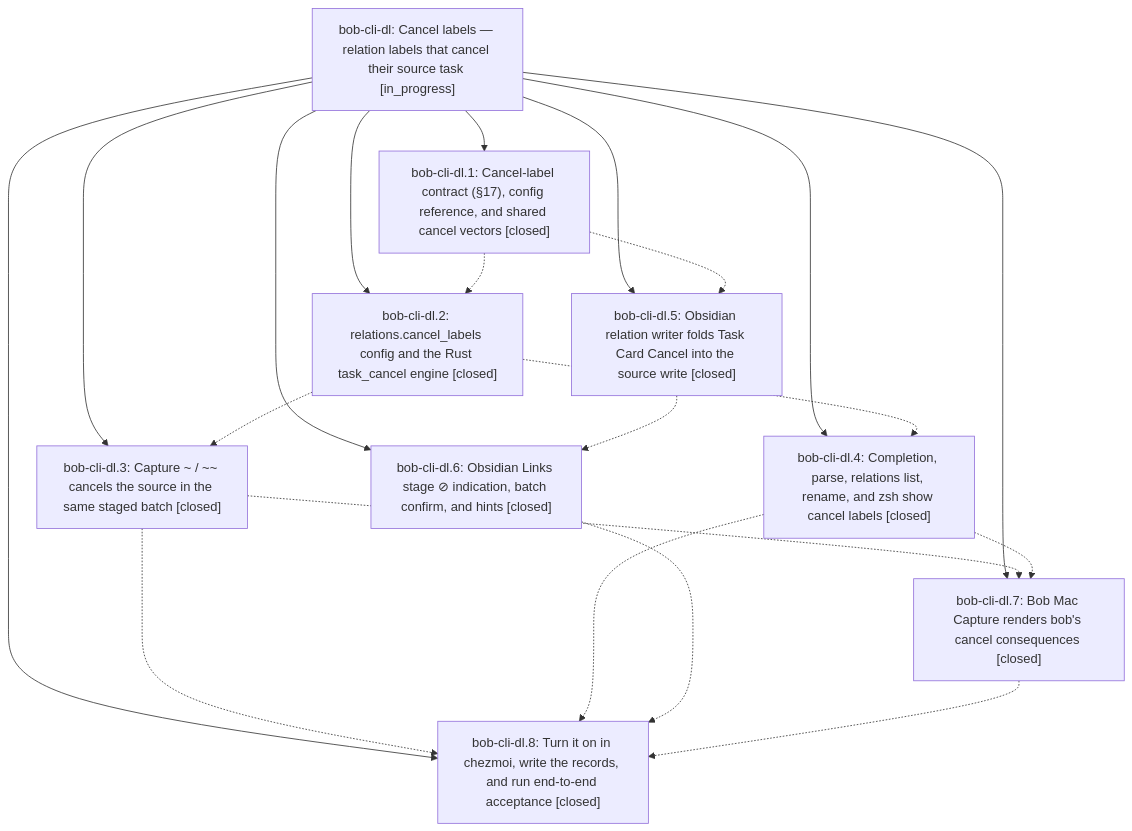
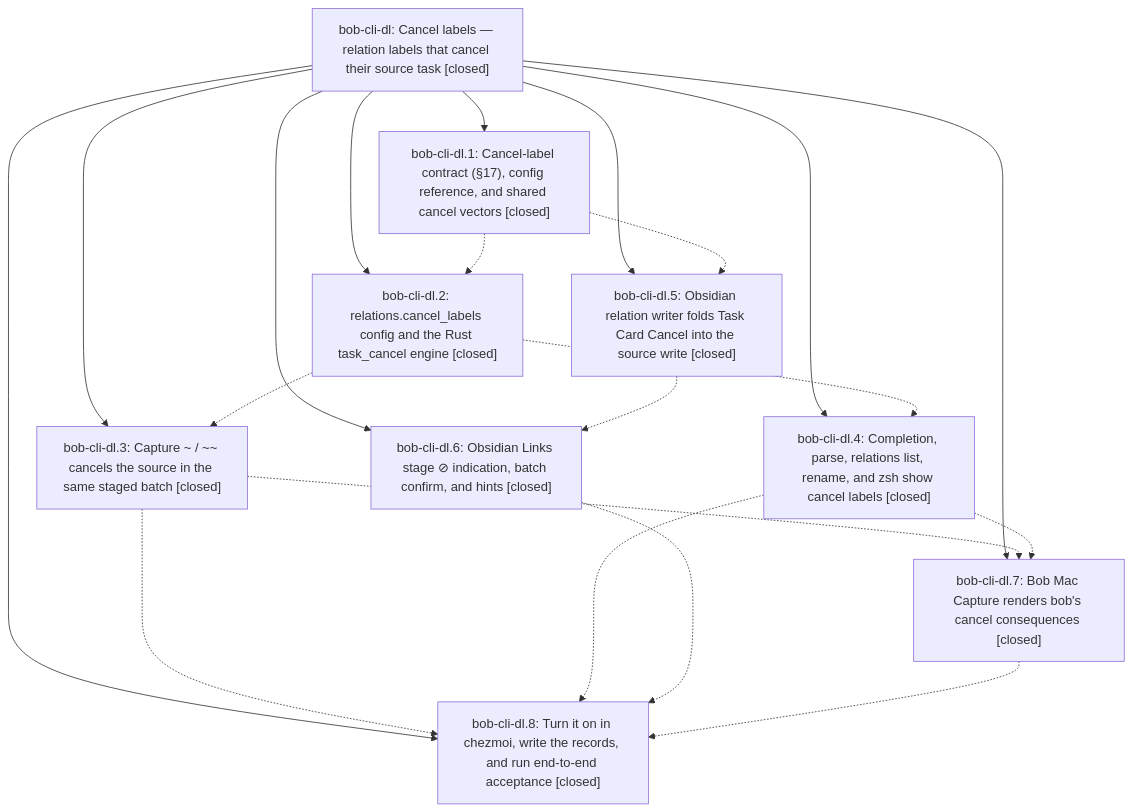
Before and after one commit to bobs-org/bob-cli--beads: the diagram in pages/bob-cli-dl/README.md, drawn with Mermaid. The commit also changed other lines of this file, not shown here.

First line of the commit message:
chore(beads): sync bead state and pages for bob-cli-dl

````diff
--- a/pages/bob-cli-dl/README.md
+++ b/pages/bob-cli-dl/README.md
@@ -49,31 +51,31 @@
 ```mermaid
 flowchart TD
-    n0["bob-cli-dl: Cancel labels — relation labels that cancel their source task [in_progress]"]
+    n0["bob-cli-dl: Cancel labels — relation labels that cancel their source task [closed]"]
     n1["bob-cli-dl.1: Cancel-label contract (§17), config reference, and shared cancel vectors [closed]"]
     n2["bob-cli-dl.2: relations.cancel_labels config and the Rust task_cancel engine [closed]"]
     n3["bob-cli-dl.3: Capture ~ / ~~ cancels the source in the same staged batch [closed]"]
     n4["bob-cli-dl.4: Completion, parse, relations list, rename, and zsh show cancel labels [closed]"]
     n5["bob-cli-dl.5: Obsidian relation writer folds Task Card Cancel into the source write [closed]"]
     n6["bob-cli-dl.6: Obsidian Links stage ⊘ indication, batch confirm, and hints [closed]"]
     n7["bob-cli-dl.7: Bob Mac Capture renders bob's cancel consequences [closed]"]
     n8["bob-cli-dl.8: Turn it on in chezmoi, write the records, and run end-to-end acceptance [closed]"]
     n0 --> n1
     n0 --> n2
     n0 --> n3
     n0 --> n4
     n0 --> n5
     n0 --> n6
     n0 --> n7
     n0 --> n8
     n1 -.-> n2
     n1 -.-> n5
     n2 -.-> n3
     n2 -.-> n4
     n3 -.-> n7
     n3 -.-> n8
     n4 -.-> n7
     n4 -.-> n8
     n5 -.-> n6
     n6 -.-> n8
     n7 -.-> n8
 ```
````
